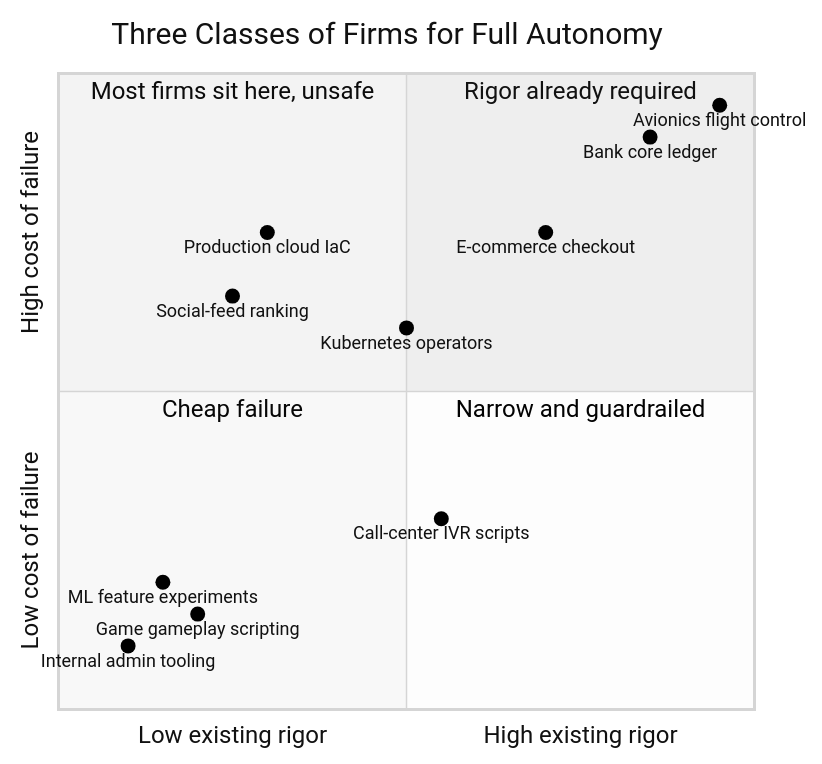
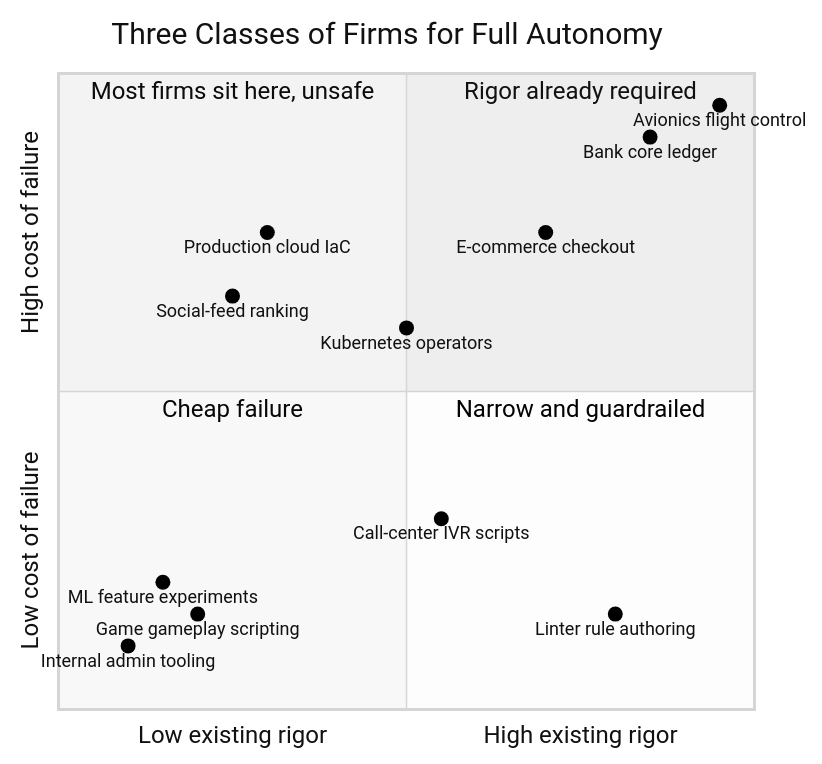
One commit to jh125486/presentations changed the sixth of 8 diagrams in UNT/dark_factory.md. Above: the diagram before and after it, drawn with Mermaid (neutral theme). The commit also changed other lines of this file, not shown here.

````diff
--- a/UNT/dark_factory.md
+++ b/UNT/dark_factory.md
@@ -336,20 +336,21 @@
 ```mermaid
 quadrantChart
     title Three Classes of Firms for Full Autonomy
     x-axis Low existing rigor --> High existing rigor
     y-axis Low cost of failure --> High cost of failure
     quadrant-1 Rigor already required
     quadrant-2 Most firms sit here, unsafe
     quadrant-3 Cheap failure
     quadrant-4 Narrow and guardrailed
     Internal admin tooling: [0.1, 0.1]
     ML feature experiments: [0.15, 0.2]
     Game gameplay scripting: [0.2, 0.15]
     Call-center IVR scripts: [0.55, 0.3]
+    Linter rule authoring: [0.8, 0.15]
     Kubernetes operators: [0.5, 0.6]
     Social-feed ranking: [0.25, 0.65]
     Production cloud IaC: [0.3, 0.75]
     E-commerce checkout: [0.7, 0.75]
     Bank core ledger: [0.85, 0.9]
     Avionics flight control: [0.95, 0.95]
 ```
````
